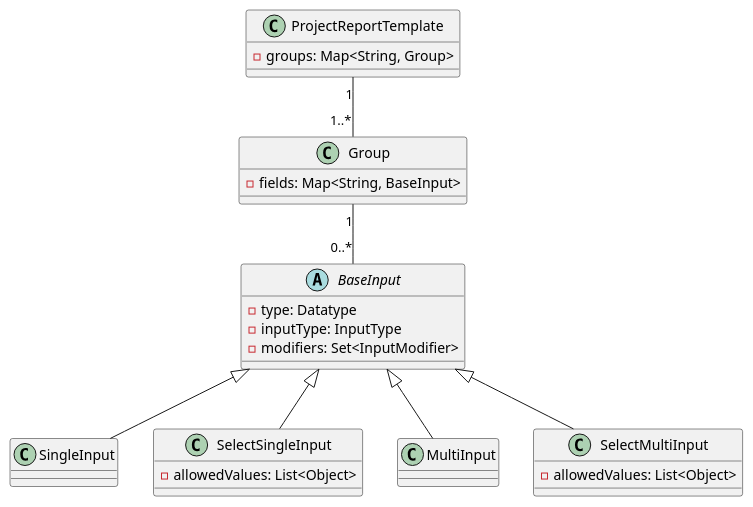
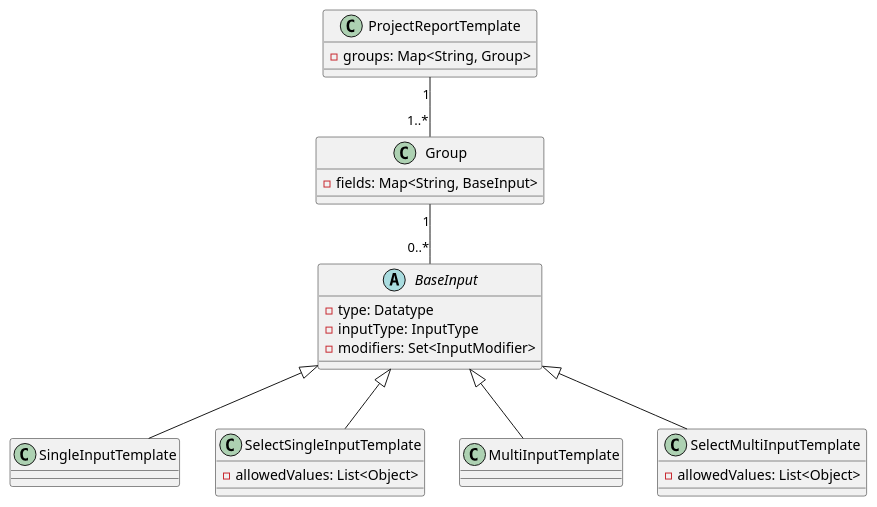
Before and after one commit to informatik-heilbronn/transparenz-cockpit: the diagram in documentation/backend/old_backend_datastructure.puml, drawn with PlantUML. The commit also changed 1 other file, not shown here.

Commit message:
PlantUML Update frontend Templates

```diff
--- a/documentation/backend/old_backend_datastructure.puml
+++ b/documentation/backend/old_backend_datastructure.puml
@@ -1,31 +1,31 @@
 @startuml Transparent_old_datastructure
 Class ProjectReportTemplate{
 - groups: Map<String, Group>
 }
 Class Group{
 - fields: Map<String, BaseInput>
 }
 abstract Class BaseInput{
 - type: Datatype
 - inputType: InputType
 - modifiers: Set<InputModifier>
 }
-Class SingleInput{
+Class SingleInputTemplate{
 }
-Class SelectSingleInput{
+Class SelectSingleInputTemplate{
 - allowedValues: List<Object>
 }
-Class MultiInput{
+Class MultiInputTemplate{
 }
-Class SelectMultiInput{
+Class SelectMultiInputTemplate{
 - allowedValues: List<Object>
 }
 
-BaseInput <|-- SingleInput
-BaseInput <|-- SelectSingleInput
-BaseInput <|-- MultiInput
-BaseInput <|-- SelectMultiInput
+BaseInput <|-- SingleInputTemplate
+BaseInput <|-- SelectSingleInputTemplate
+BaseInput <|-- MultiInputTemplate
+BaseInput <|-- SelectMultiInputTemplate
 
 ProjectReportTemplate "1" -- "1..*" Group
 Group "1" -- "0..*" BaseInput
 @enduml
```
